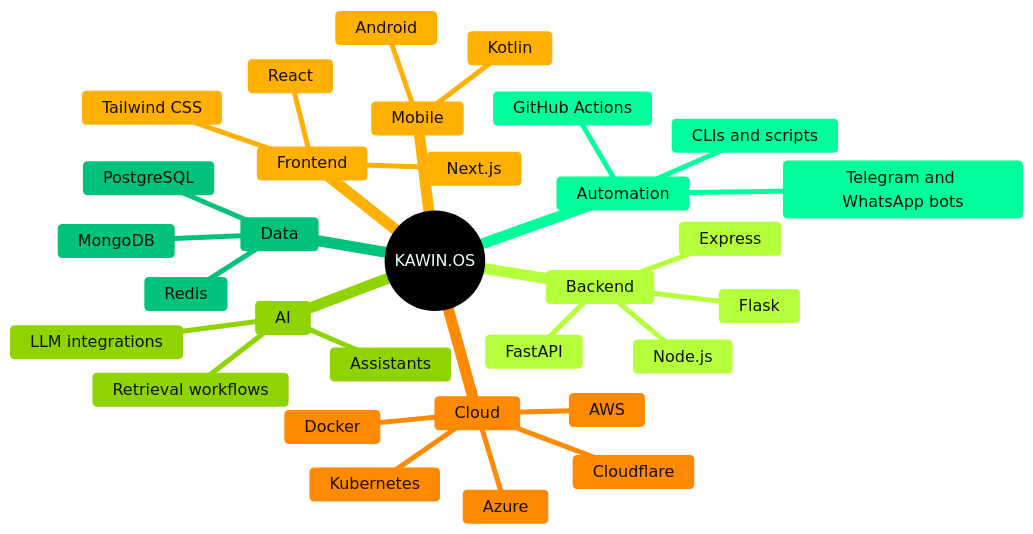
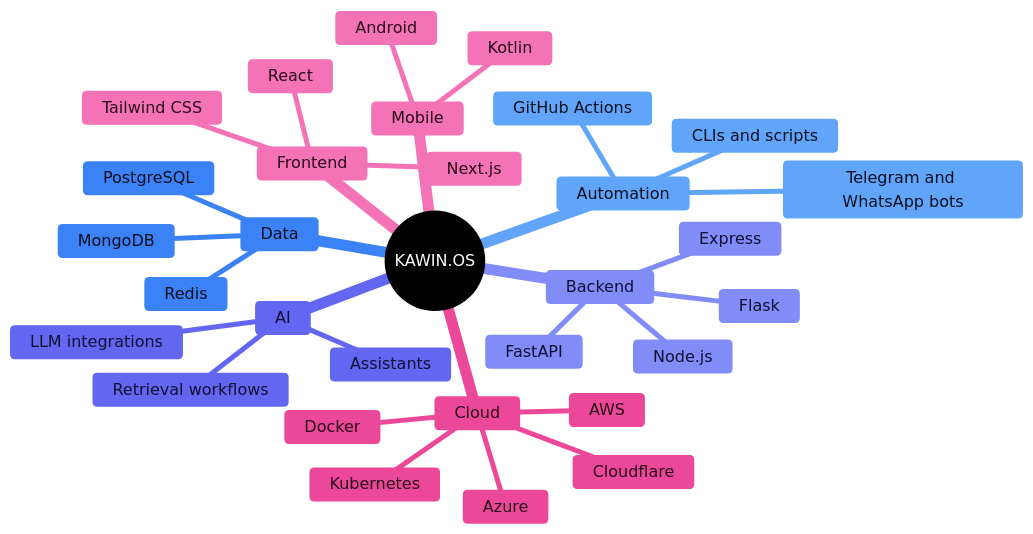
One commit to kawincodes/kawincodes changed the first of 3 diagrams in README.md. Above: the diagram before and after it, drawn with Mermaid. The commit also changed other lines of this file and 15 other files, not shown here.

````diff
--- a/README.md
+++ b/README.md
@@ -286,35 +290,35 @@
 ```mermaid
-%%{init: {'theme':'base', 'themeVariables': {'primaryColor':'#04110B', 'primaryTextColor':'#E8FFF3', 'primaryBorderColor':'#00FF9C', 'lineColor':'#FFB000', 'cScale0':'#00FF9C', 'cScale1':'#FFB000', 'cScale2':'#B6FF3B', 'cScale3':'#00C27A', 'cScale4':'#FF8A00', 'cScale5':'#8FD400', 'cScale6':'#00FF9C', 'cScale7':'#FFB000', 'cScale8':'#B6FF3B', 'cScaleInv0':'#04110B', 'cScaleInv1':'#140E02', 'cScaleInv2':'#0B1404', 'cScaleInv3':'#04110B', 'cScaleInv4':'#140E02', 'cScaleInv5':'#0B1404', 'cScaleInv6':'#04110B', 'cScaleInv7':'#140E02', 'cScaleInv8':'#0B1404', 'cScaleLabel0':'#03140B', 'cScaleLabel1':'#1A1000', 'cScaleLabel2':'#0D1400', 'cScaleLabel3':'#03140B', 'cScaleLabel4':'#1A0E00', 'cScaleLabel5':'#0D1400', 'cScaleLabel6':'#03140B', 'cScaleLabel7':'#1A1000', 'cScaleLabel8':'#0D1400'}}}%%
+%%{init: {'theme':'base', 'themeVariables': {'primaryColor':'#111827', 'primaryTextColor':'#F8FAFC', 'primaryBorderColor':'#60A5FA', 'lineColor':'#F472B6', 'cScale0':'#60A5FA', 'cScale1':'#F472B6', 'cScale2':'#818CF8', 'cScale3':'#3B82F6', 'cScale4':'#EC4899', 'cScale5':'#6366F1', 'cScale6':'#60A5FA', 'cScale7':'#F472B6', 'cScale8':'#818CF8', 'cScaleInv0':'#111827', 'cScaleInv1':'#2A0F1F', 'cScaleInv2':'#1E1B4B', 'cScaleInv3':'#111827', 'cScaleInv4':'#2A0F1F', 'cScaleInv5':'#1E1B4B', 'cScaleInv6':'#111827', 'cScaleInv7':'#2A0F1F', 'cScaleInv8':'#1E1B4B', 'cScaleLabel0':'#0B1020', 'cScaleLabel1':'#2A0A1A', 'cScaleLabel2':'#111133', 'cScaleLabel3':'#0B1020', 'cScaleLabel4':'#2A0A1A', 'cScaleLabel5':'#111133', 'cScaleLabel6':'#0B1020', 'cScaleLabel7':'#2A0A1A', 'cScaleLabel8':'#111133'}}}%%
 mindmap
   root((KAWIN.OS))
     Frontend
       React
       Next.js
       Tailwind CSS
     Backend
       FastAPI
       Flask
       Node.js
       Express
     Data
       PostgreSQL
       MongoDB
       Redis
     Cloud
       AWS
       Azure
       Cloudflare
       Docker
       Kubernetes
     AI
       LLM integrations
       Assistants
       Retrieval workflows
     Automation
       GitHub Actions
       Telegram and WhatsApp bots
       CLIs and scripts
     Mobile
       Kotlin
       Android
 ```
````
